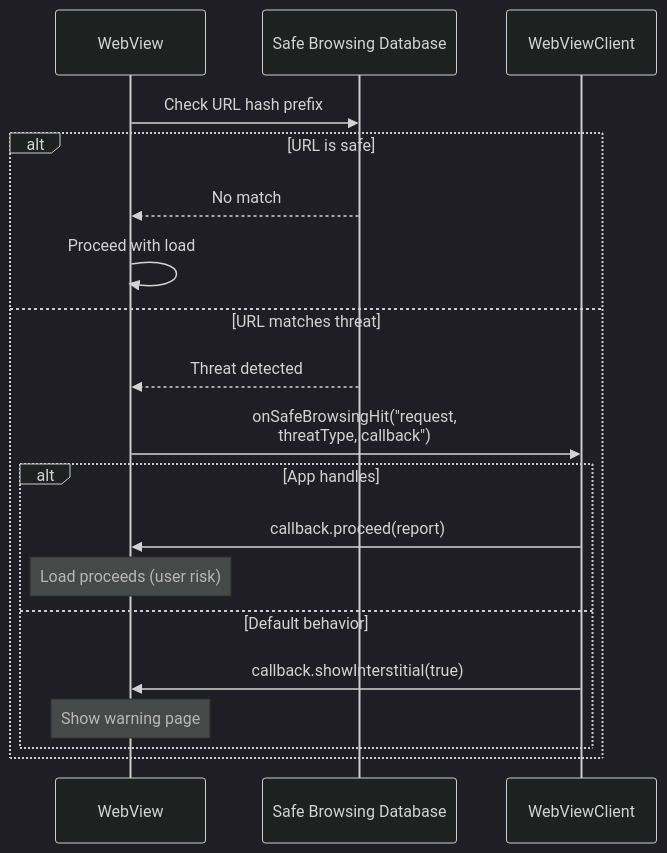
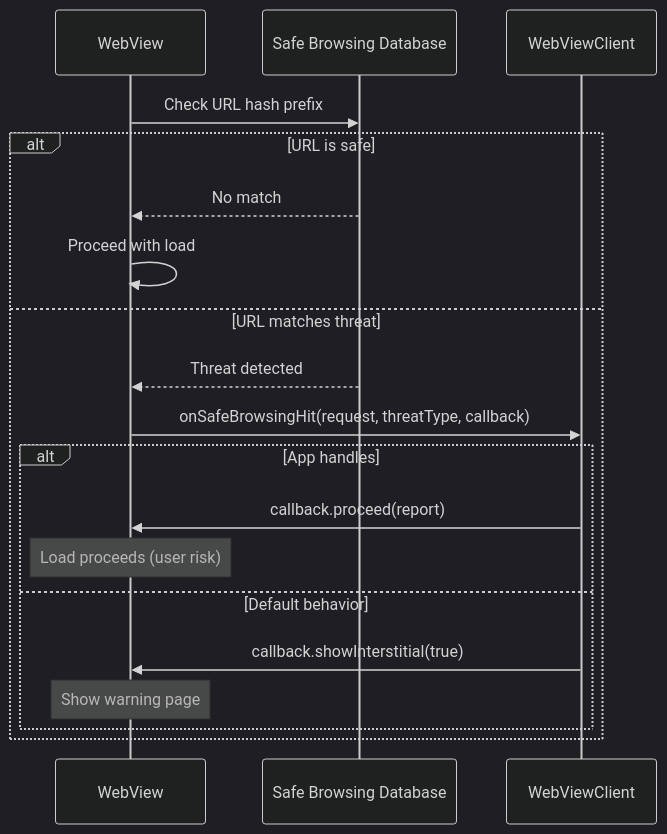
Diagram 16 of 18 in agents/claude/skills/aosp-ui-framework/45-webview.md (aospbooks/aosp-internal-book), drawn with Mermaid (dark theme) before and after one commit. The commit also changed other lines of this file and 137 other files, not shown here.

````diff
--- a/agents/claude/skills/aosp-ui-framework/45-webview.md
+++ b/agents/claude/skills/aosp-ui-framework/45-webview.md
@@ -1842,22 +1842,22 @@
 ```mermaid
 sequenceDiagram
     participant WV as WebView
     participant SB as Safe Browsing Database
     participant APP as WebViewClient
 
     WV->>SB: Check URL hash prefix
     alt URL is safe
         SB-->>WV: No match
         WV->>WV: Proceed with load
     else URL matches threat
         SB-->>WV: Threat detected
-        WV->>APP: onSafeBrowsingHit("request,<br/>threatType, callback")
+        WV->>APP: onSafeBrowsingHit(request, threatType, callback)
         alt App handles
             APP->>WV: callback.proceed(report)
             Note over WV: Load proceeds (user risk)
         else Default behavior
             APP->>WV: callback.showInterstitial(true)
             Note over WV: Show warning page
         end
     end
 ```
````
